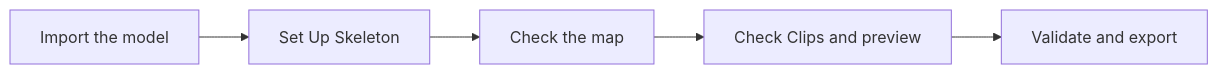
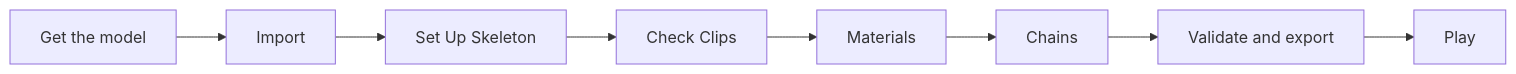
The diagram in docs/CREATOR-GUIDE.md (heditwo/gh3-clonehero-skin), drawn with Mermaid before and after one commit. The commit also changed other lines of this file and 20 other files, not shown here.

````diff
--- a/docs/CREATOR-GUIDE.md
+++ b/docs/CREATOR-GUIDE.md
@@ -187,7 +166,10 @@
 ```mermaid
 flowchart LR
-    Import[Import the model] --> Setup[Set Up Skeleton]
-    Setup --> Check[Check the map]
-    Check --> Clips[Check Clips and preview]
-    Clips --> Export[Validate and export]
+    Get[Get the model] --> Import[Import]
+    Import --> Skeleton[Set Up Skeleton]
+    Skeleton --> Clips[Check Clips]
+    Clips --> Materials[Materials]
+    Materials --> Chains[Chains]
+    Chains --> Export[Validate and export]
+    Export --> Play[Play]
 ```
````
